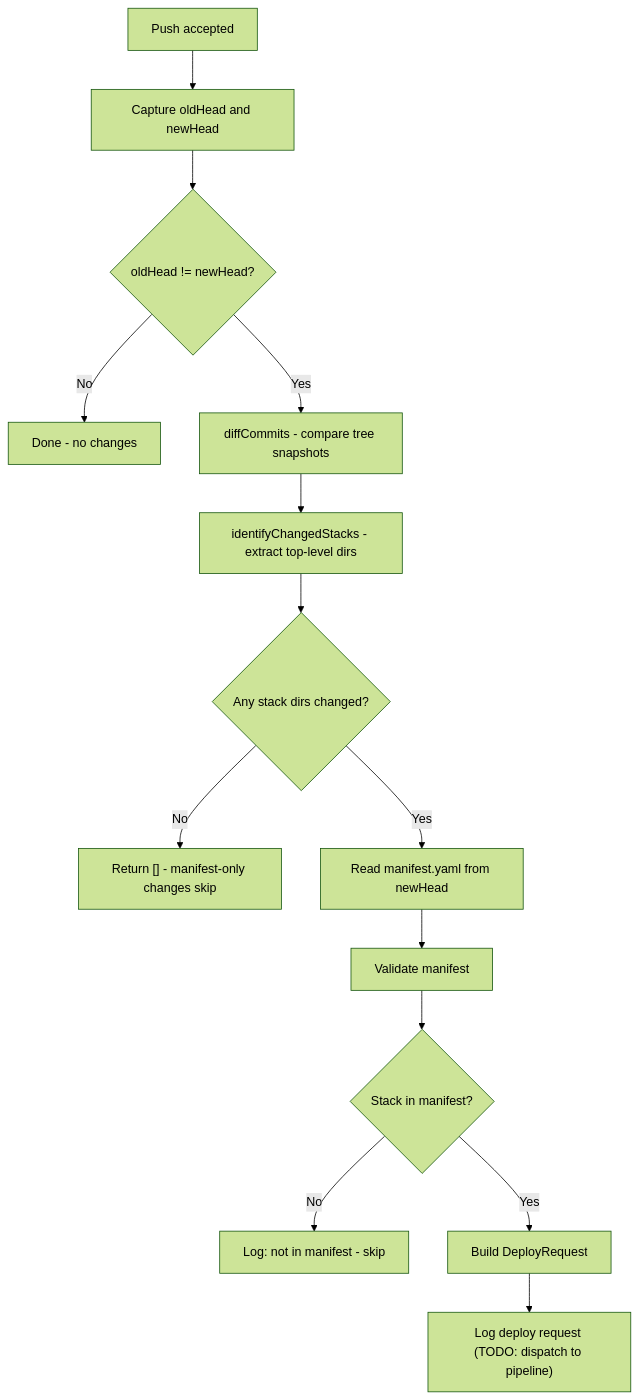
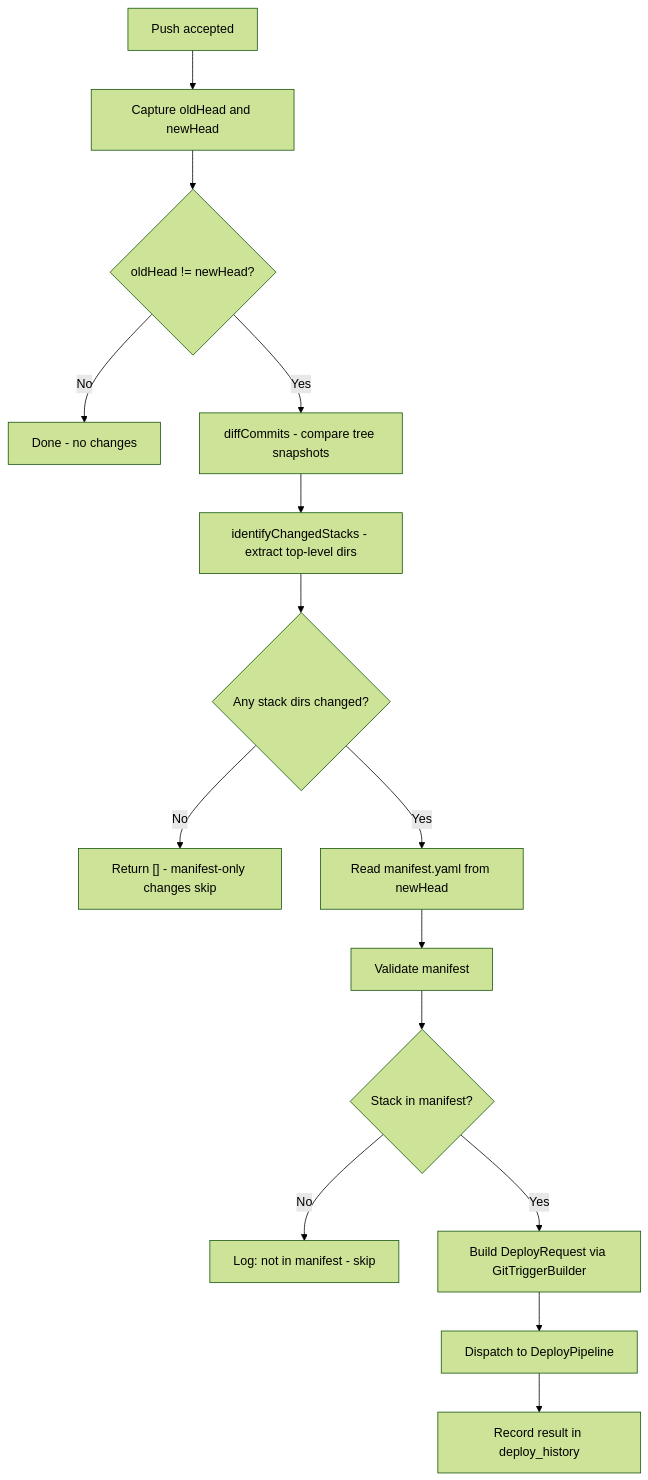
One commit to jaredglaser/homelab-manager changed the fifth of 5 diagrams in docs/architecture.md. Above: the diagram before and after it, drawn with Mermaid (forest theme). The commit also changed other lines of this file and 185 other files, not shown here.

First line of the commit message:
feat: Docker stack management with GitOps, agent architecture, and deploy pipeline (#91)

````diff
--- a/docs/architecture.md
+++ b/docs/architecture.md
@@ -207,16 +272,17 @@
 ```mermaid
 flowchart TD
     A[Push accepted] --> B[Capture oldHead and newHead]
     B --> C{oldHead != newHead?}
     C -->|No| D[Done - no changes]
     C -->|Yes| E[diffCommits - compare tree snapshots]
     E --> F[identifyChangedStacks - extract top-level dirs]
     F --> G{Any stack dirs changed?}
     G -->|No| H["Return [] - manifest-only changes skip"]
     G -->|Yes| I[Read manifest.yaml from newHead]
     I --> J[Validate manifest]
     J --> K{Stack in manifest?}
     K -->|No| L[Log: not in manifest - skip]
-    K -->|Yes| M[Build DeployRequest]
-    M --> N["Log deploy request (TODO: dispatch to pipeline)"]
+    K -->|Yes| M[Build DeployRequest via GitTriggerBuilder]
+    M --> N[Dispatch to DeployPipeline]
+    N --> O[Record result in deploy_history]
 ```
````
